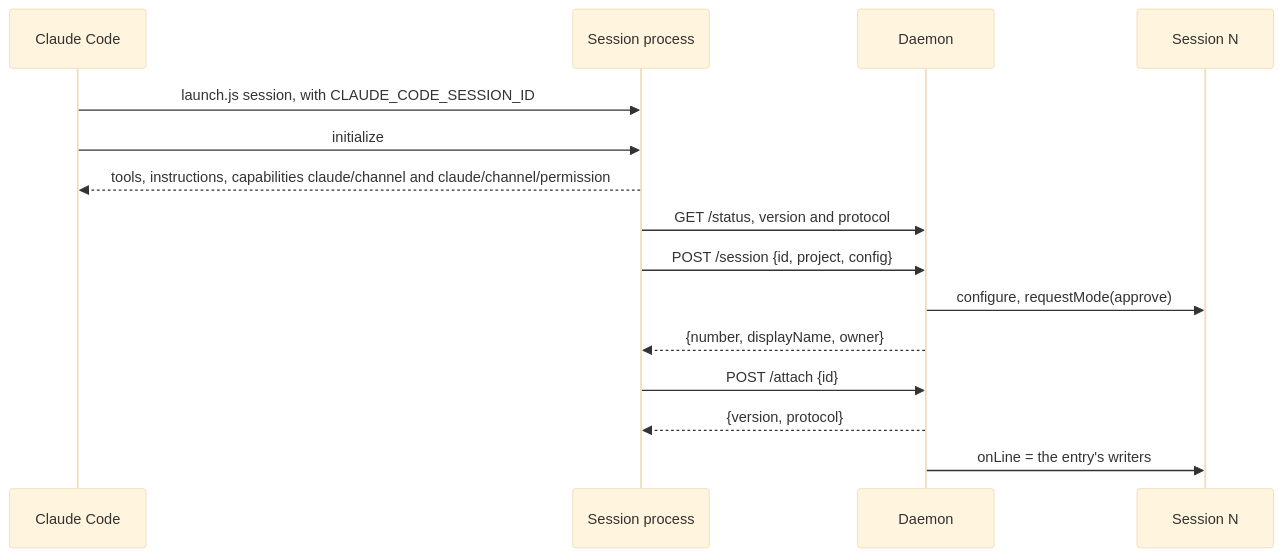
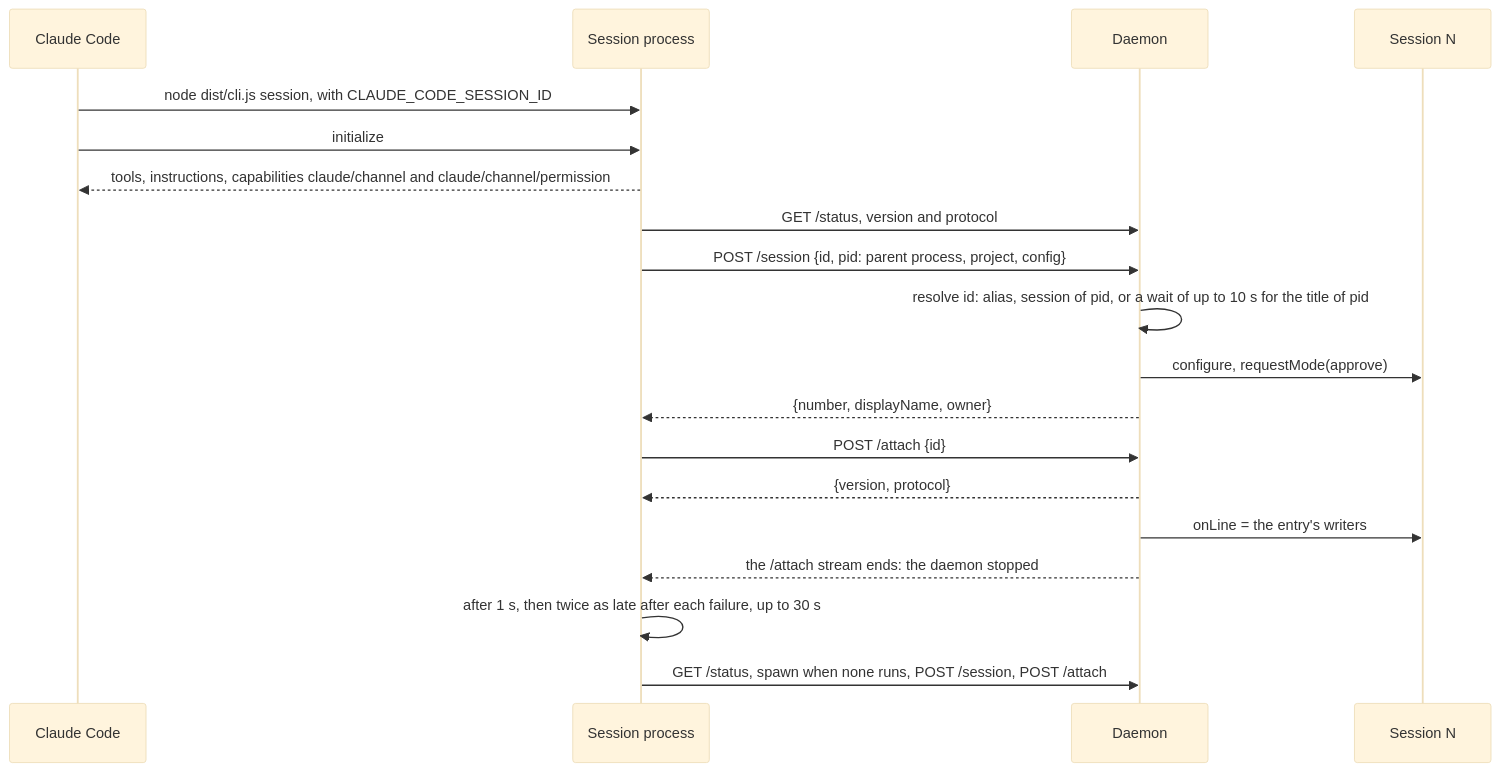
Before and after one commit to simplex-chat/simplex-chat: diagram 18 of 27 in packages/simplex-chat-mcp/spec/flows.md, drawn with Mermaid (base theme). The commit also changed other lines of this file and 5 other files, not shown here.

Commit message:
mcp: document one session per process, re-attach and the plugin launch

````diff
--- a/packages/simplex-chat-mcp/spec/flows.md
+++ b/packages/simplex-chat-mcp/spec/flows.md
@@ -813,17 +815,21 @@
 ```mermaid
 sequenceDiagram
   participant CC as Claude Code
   participant S as Session process
   participant D as Daemon
   participant N as Session N
-  CC->>S: launch.js session, with CLAUDE_CODE_SESSION_ID
+  CC->>S: node dist/cli.js session, with CLAUDE_CODE_SESSION_ID
   CC->>S: initialize
   S-->>CC: tools, instructions, capabilities claude/channel and claude/channel/permission
   S->>D: GET /status, version and protocol
-  S->>D: POST /session {id, project, config}
+  S->>D: POST /session {id, pid: parent process, project, config}
+  D->>D: resolve id: alias, session of pid, or a wait of up to 10 s for the title of pid
   D->>N: configure, requestMode(approve)
   D-->>S: {number, displayName, owner}
   S->>D: POST /attach {id}
   D-->>S: {version, protocol}
   D->>N: onLine = the entry's writers
+  D-->>S: the /attach stream ends: the daemon stopped
+  S->>S: after 1 s, then twice as late after each failure, up to 30 s
+  S->>D: GET /status, spawn when none runs, POST /session, POST /attach
 ```
````
